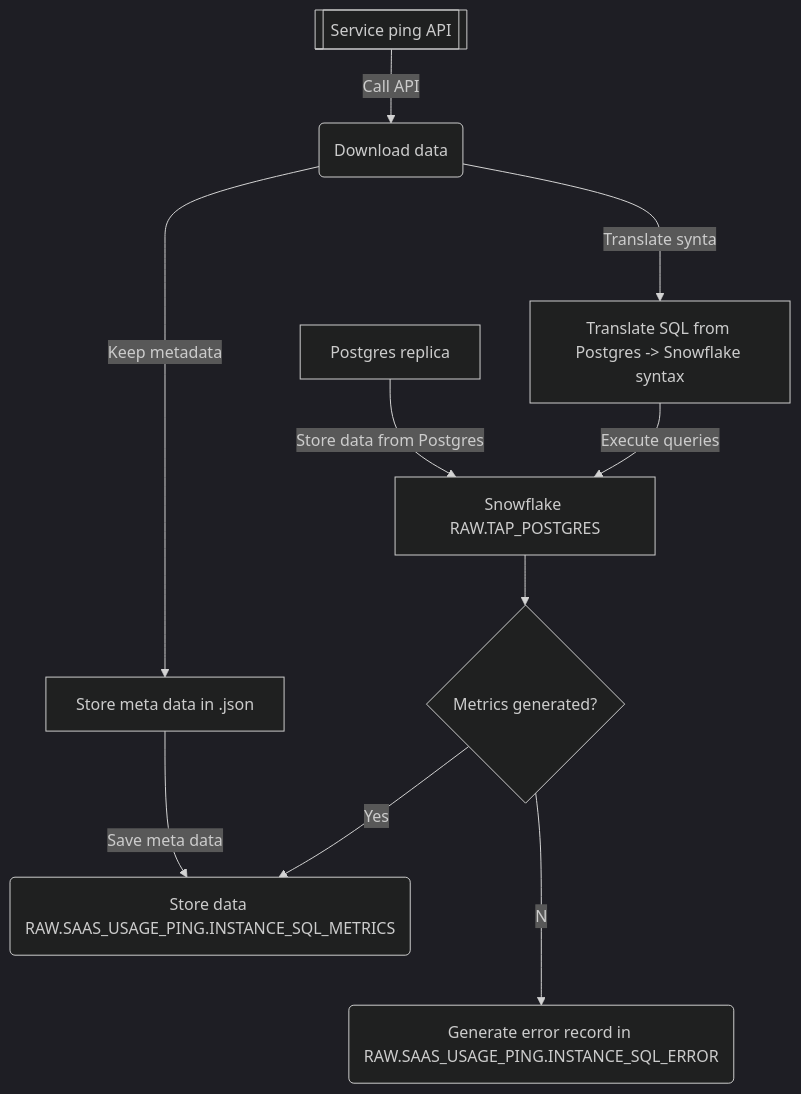
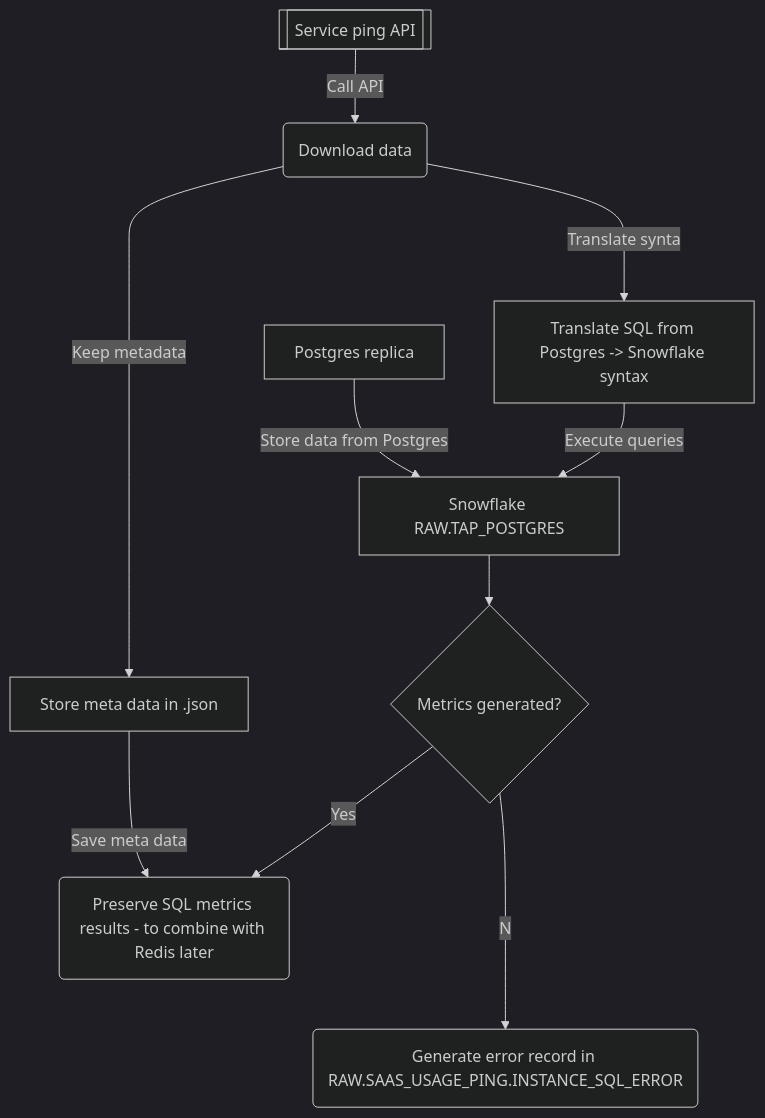
One commit to fdileta/gitlab-dbt-project changed the first of 3 diagrams in extract/saas_usage_ping/README.md. Above: the diagram before and after it, drawn with Mermaid (dark theme). The commit also changed other lines of this file, not shown here.

````diff
--- a/extract/saas_usage_ping/README.md
+++ b/extract/saas_usage_ping/README.md
@@ -38,11 +45,11 @@
 ```mermaid
 graph TD;
   PGREP[Postgres replica]--Store data from Postgres-->SF_TP[Snowflake RAW.TAP_POSTGRES];
   SP_API[[Service ping API]]--Call API-->DNLD(Download data);
   DNLD--Translate syntax-->TR_SQL[Translate SQL from Postgres -> Snowflake syntax];
   DNLD--Keep metadata-->MTD[Store meta data in .json];
   MTD--Save meta data-->FIN_RAW;
   TR_SQL--Execute queries-->SF_TP;
-  SF_TP-->ERROR_CHECK{Metrics generated?}--Yes-->FIN_RAW(Store data RAW.SAAS_USAGE_PING.INSTANCE_SQL_METRICS);
+  SF_TP-->ERROR_CHECK{Metrics generated?}--Yes-->FIN_RAW(Preserve SQL metrics results - to combine with Redis later);
   ERROR_CHECK--No-->ERR(Generate error record in RAW.SAAS_USAGE_PING.INSTANCE_SQL_ERROR);
 ```
````
